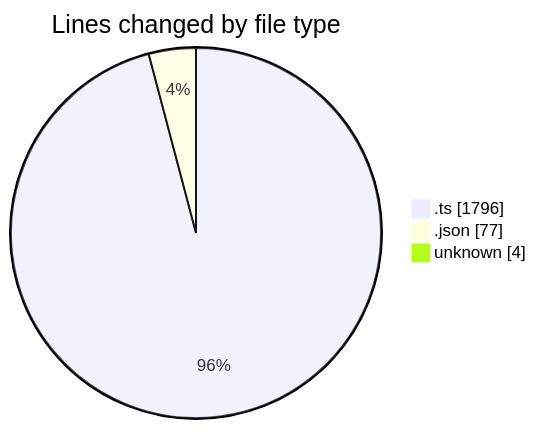
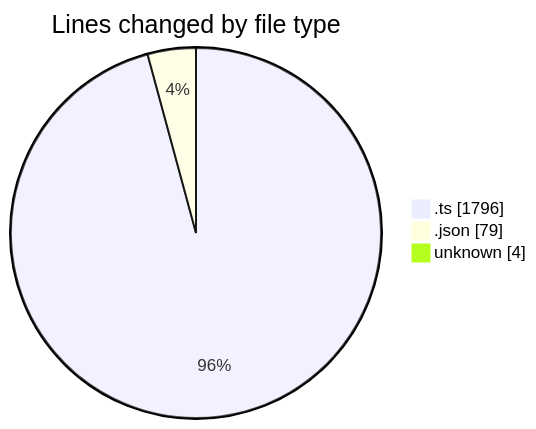
The first of 2 diagrams in 2026-02-03/singularitybrainai/README.md (tmsrecording-cyber/code-tracking), drawn with Mermaid before and after one commit. The commit also changed other lines of this file and 1 other file, not shown here.

````diff
--- a/2026-02-03/singularitybrainai/README.md
+++ b/2026-02-03/singularitybrainai/README.md
@@ -23,7 +23,7 @@
 ```mermaid
 pie showData
 title Lines changed by file type
 ".ts" : 1796
-".json" : 77
+".json" : 79
 "unknown" : 4
 ```
````
